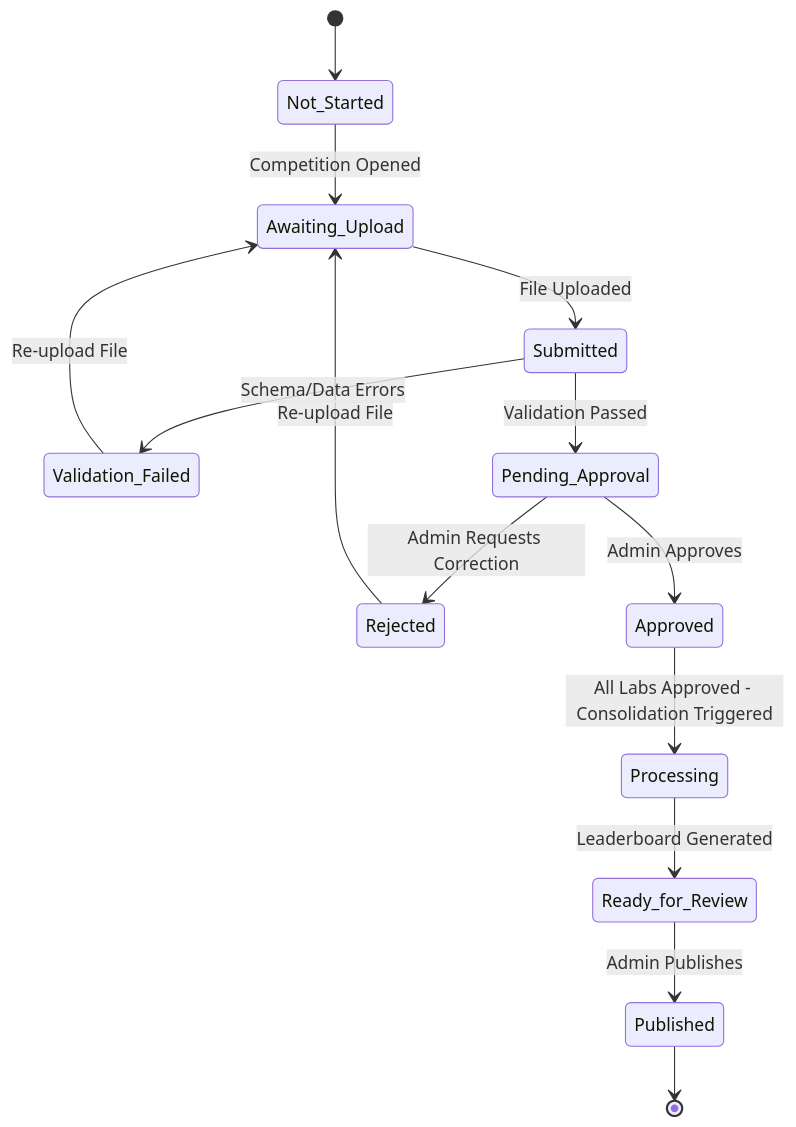
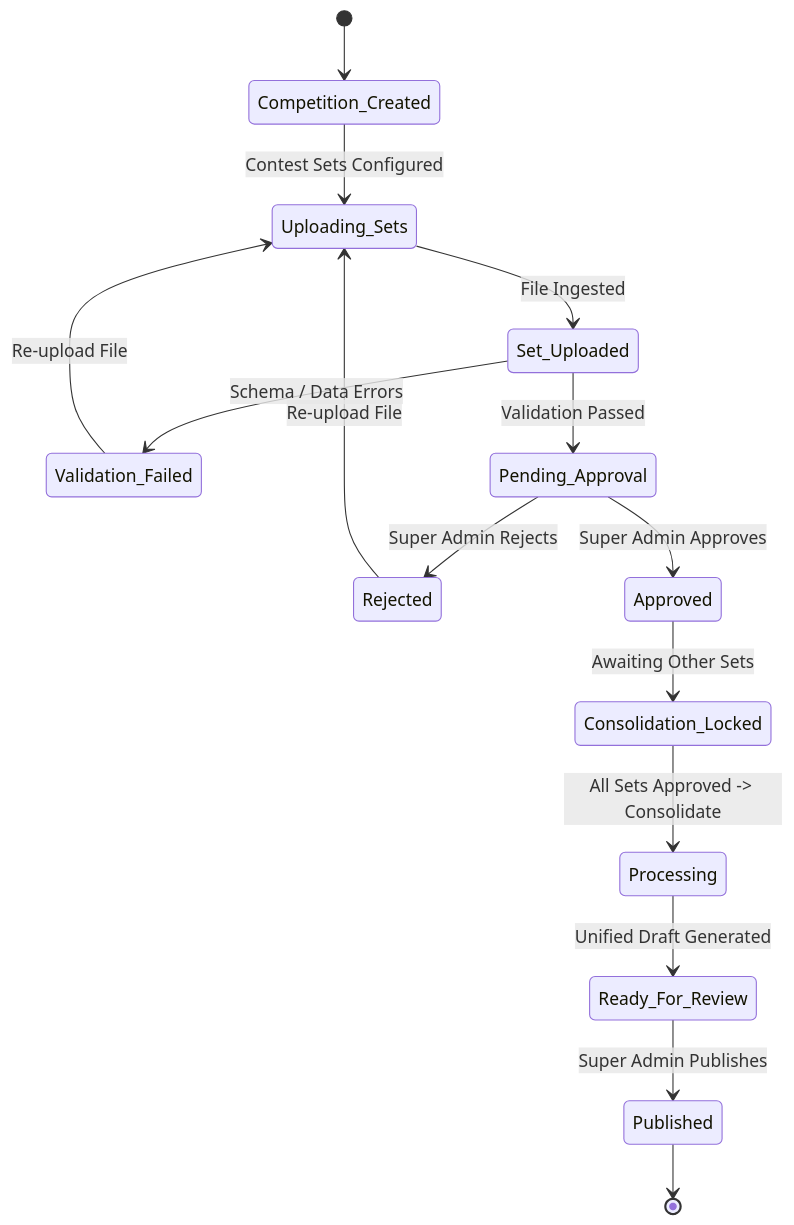
One commit to toxicbishop/CodeClash-LeaderBoard changed the diagram in docs/functional-requirements.md. Above: the diagram before and after it, drawn with Mermaid. The commit also changed other lines of this file and 4 other files, not shown here.

````diff
--- a/docs/functional-requirements.md
+++ b/docs/functional-requirements.md
@@ -105,16 +189,17 @@
 ```mermaid
 stateDiagram-v2
-    [*] --> Not_Started
-    Not_Started --> Awaiting_Upload: Competition Opened
-    Awaiting_Upload --> Submitted: File Uploaded
-    Submitted --> Validation_Failed: Schema/Data Errors
-    Validation_Failed --> Awaiting_Upload: Re-upload File
-    Submitted --> Pending_Approval: Validation Passed
-    Pending_Approval --> Rejected: Admin Requests Correction
-    Rejected --> Awaiting_Upload: Re-upload File
-    Pending_Approval --> Approved: Admin Approves
-    Approved --> Processing: All Labs Approved - Consolidation Triggered
-    Processing --> Ready_for_Review: Leaderboard Generated
-    Ready_for_Review --> Published: Admin Publishes
+    [*] --> Competition_Created
+    Competition_Created --> Uploading_Sets: Contest Sets Configured
+    Uploading_Sets --> Set_Uploaded: File Ingested
+    Set_Uploaded --> Validation_Failed: Schema / Data Errors
+    Validation_Failed --> Uploading_Sets: Re-upload File
+    Set_Uploaded --> Pending_Approval: Validation Passed
+    Pending_Approval --> Rejected: Super Admin Rejects
+    Rejected --> Uploading_Sets: Re-upload File
+    Pending_Approval --> Approved: Super Admin Approves
+    Approved --> Consolidation_Locked: Awaiting Other Sets
+    Consolidation_Locked --> Processing: All Sets Approved -> Consolidate
+    Processing --> Ready_For_Review: Unified Draft Generated
+    Ready_For_Review --> Published: Super Admin Publishes
     Published --> [*]
 ```
````
